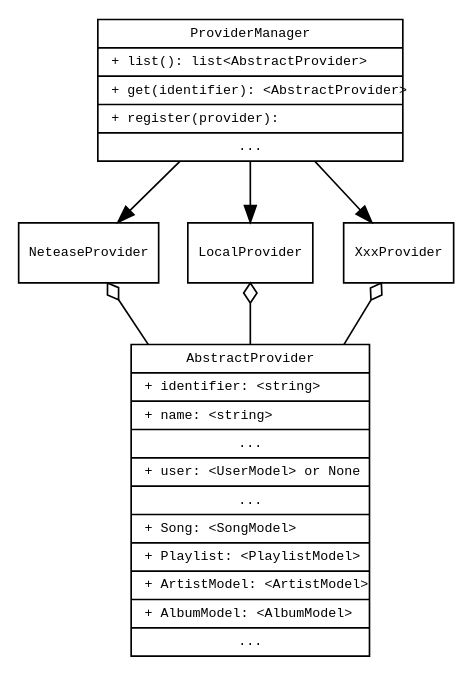
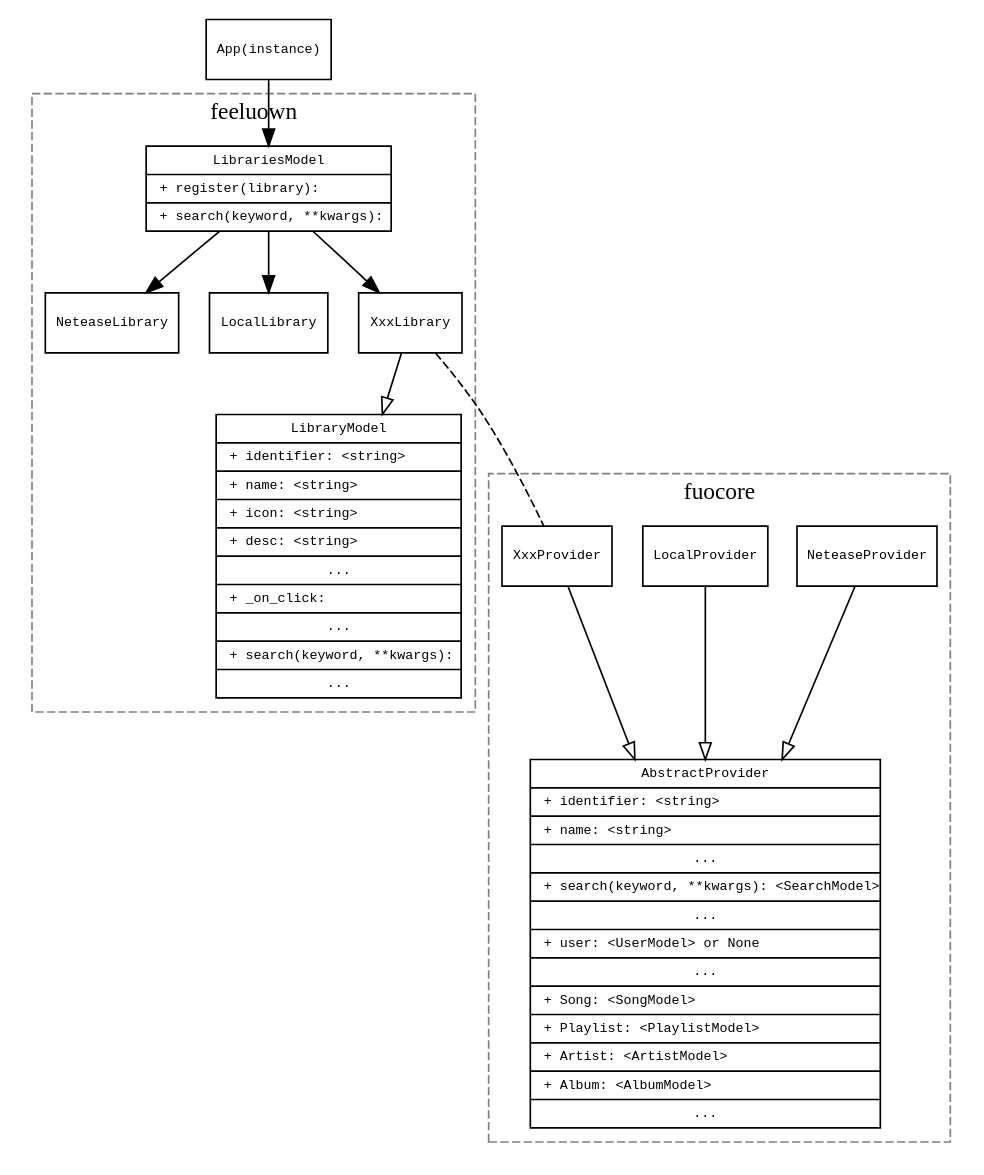
One commit to feeluown/FeelUOwn changed the diagram in docs/source/arch.rst. Above: the diagram before and after it, drawn with Graphviz. The commit also changed other lines of this file and 2 other files, not shown here.

Commit message:
添加并更新文档

```diff
--- a/docs/source/arch.rst
+++ b/docs/source/arch.rst
@@ -20,31 +36,73 @@
                 |+ identifier: \<string\>\l
                 |+ name: \<string\>\l
                 |...
+                |+ search(keyword, **kwargs): \<SearchModel\> \l
+                |...
                 |+ user: \<UserModel\> or None\l
                 |...
                 |+ Song: \<SongModel\>\l
                 |+ Playlist: \<PlaylistModel\>\l
-                |+ ArtistModel: \<ArtistModel\>\l
-                |+ AlbumModel: \<AlbumModel\>\l
+                |+ Artist: \<ArtistModel\>\l
+                |+ Album: \<AlbumModel\>\l
                 |...
             }"
         ]
 
-        ProviderManager [
+        LibrariesModel [
             label="{
                 \N
-                |+ list(): list\<AbstractProvider\>\l
-                |+ get(identifier): \<AbstractProvider\>\l
-                |+ register(provider): \l
+                |+ register(library): \l
+                |+ search(keyword, **kwargs): \l
+            }"
+        ]
+
+        LibraryModel [
+            label="{
+                \N
+                |+ identifier: \<string\> \l
+                |+ name: \<string\> \l
+                |+ icon: \<string\> \l
+                |+ desc: \<string\> \l
+                |...
+                |+ _on_click: \l
+                |...
+                |+ search(keyword, **kwargs): \l
                 |...
             }"
         ]
 
-        NeteaseProvider -> AbstractProvider[dir=back, arrowtail=odiamond]
-        LocalProvider -> AbstractProvider[dir=back, arrowtail=odiamond]
-        XxxProvider -> AbstractProvider[dir=back, arrowtail=odiamond]
+        NeteaseProvider -> AbstractProvider[arrowhead=empty]
+        LocalProvider -> AbstractProvider[arrowhead=empty]
+        XxxProvider -> AbstractProvider[arrowhead=empty]
 
-        ProviderManager -> NeteaseProvider
-        ProviderManager -> LocalProvider
-        ProviderManager -> XxxProvider
+        LibrariesModel -> NeteaseLibrary
+        LibrariesModel -> LocalLibrary
+        LibrariesModel -> XxxLibrary
+        XxxLibrary -> LibraryModel[arrowhead=empty]
+
+        XxxLibrary -> XxxProvider[style=dashed, dir=none]
+
+        app[label="App(instance)"]
+        app -> LibrariesModel
+
+        subgraph cluster0 {
+            label="fuocore"
+            style="dashed"
+            color="grey"
+            AbstractProvider
+            NeteaseProvider
+            LocalProvider
+            XxxProvider
+        }
+
+        subgraph cluster1 {
+            label="feeluown"
+            style="dashed"
+            color="grey"
+            LibrariesModel
+            NeteaseLibrary
+            LocalLibrary
+            XxxLibrary
+            LibraryModel
+        }
     }
```
